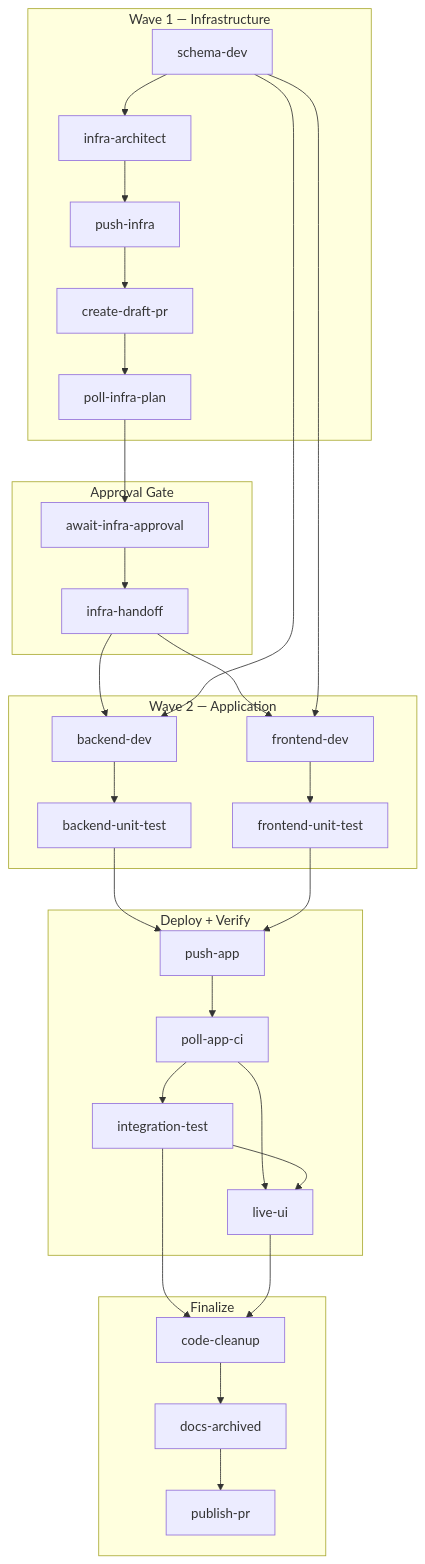
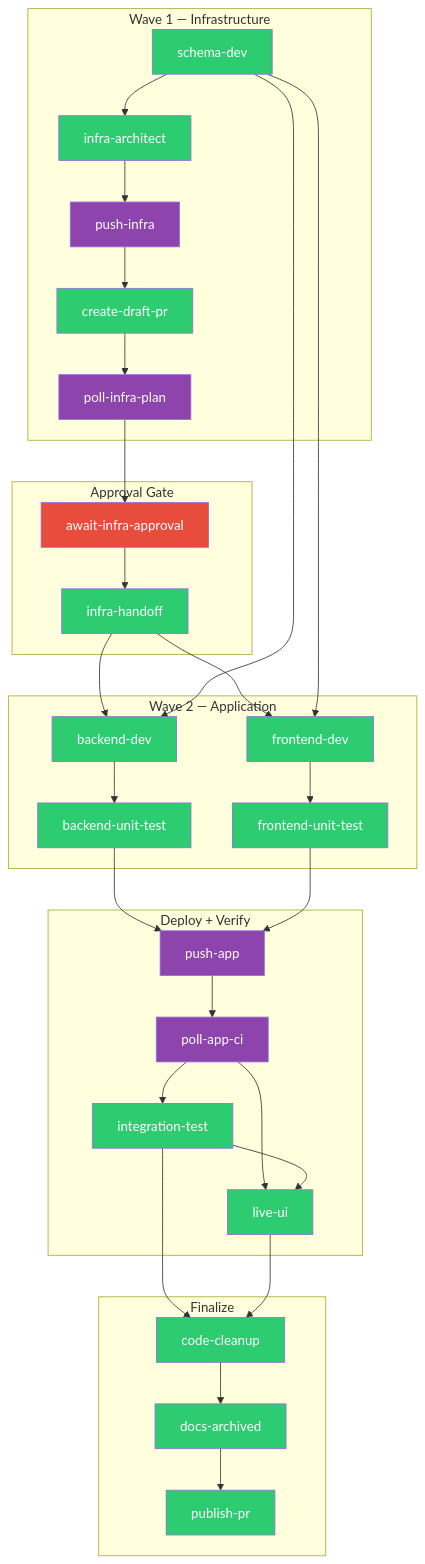
Before and after one commit to RomanKaliupinMelonusa/DAGent-t: the second of 5 diagrams in HOW-IT-WORKS.md, drawn with Mermaid.

````diff
--- a/HOW-IT-WORKS.md
+++ b/HOW-IT-WORKS.md
@@ -34,39 +34,58 @@
 ```mermaid
 graph TD
     subgraph W1["Wave 1 — Infrastructure"]
         SD["schema-dev"] --> IA["infra-architect"]
         IA --> PI["push-infra"]
         PI --> DPR["create-draft-pr"]
         DPR --> PIP["poll-infra-plan"]
     end
 
     subgraph GATE["Approval Gate"]
         PIP --> AIA["await-infra-approval"]
         AIA --> IH["infra-handoff"]
     end
 
     subgraph W2["Wave 2 — Application"]
         IH --> BD["backend-dev"]
         IH --> FD["frontend-dev"]
         SD --> BD
         SD --> FD
         BD --> BUT["backend-unit-test"]
         FD --> FUT["frontend-unit-test"]
     end
 
     subgraph DP["Deploy + Verify"]
         BUT --> PA["push-app"]
         FUT --> PA
         PA --> PAC["poll-app-ci"]
         PAC --> IT["integration-test"]
         PAC --> LU["live-ui"]
         IT --> LU
     end
 
     subgraph FN["Finalize"]
         IT --> CC["code-cleanup"]
         LU --> CC
         CC --> DA["docs-archived"]
         DA --> PPR["publish-pr"]
     end
+
+    style SD fill:#2ecc71,color:#fff
+    style IA fill:#2ecc71,color:#fff
+    style BD fill:#2ecc71,color:#fff
+    style FD fill:#2ecc71,color:#fff
+    style BUT fill:#2ecc71,color:#fff
+    style FUT fill:#2ecc71,color:#fff
+    style IT fill:#2ecc71,color:#fff
+    style LU fill:#2ecc71,color:#fff
+    style CC fill:#2ecc71,color:#fff
+    style DA fill:#2ecc71,color:#fff
+    style DPR fill:#2ecc71,color:#fff
+    style IH fill:#2ecc71,color:#fff
+    style PPR fill:#2ecc71,color:#fff
+    style PI fill:#8e44ad,color:#fff
+    style PA fill:#8e44ad,color:#fff
+    style PIP fill:#8e44ad,color:#fff
+    style PAC fill:#8e44ad,color:#fff
+    style AIA fill:#e74c3c,color:#fff
 ```
````
